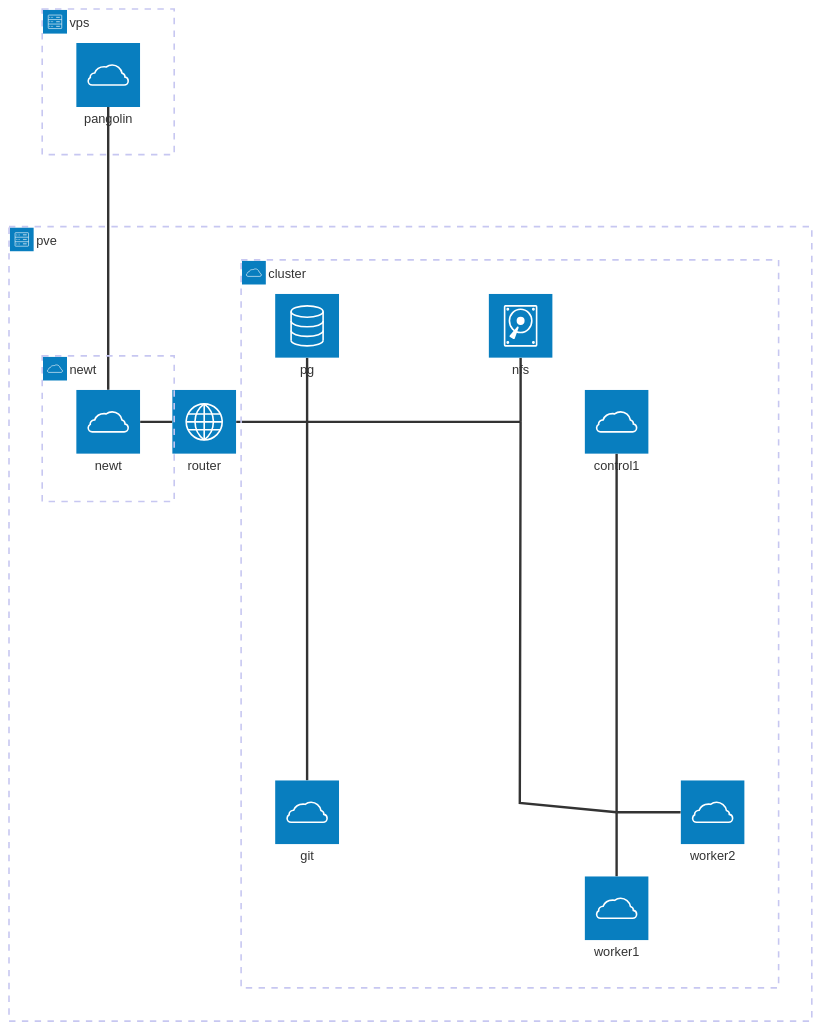
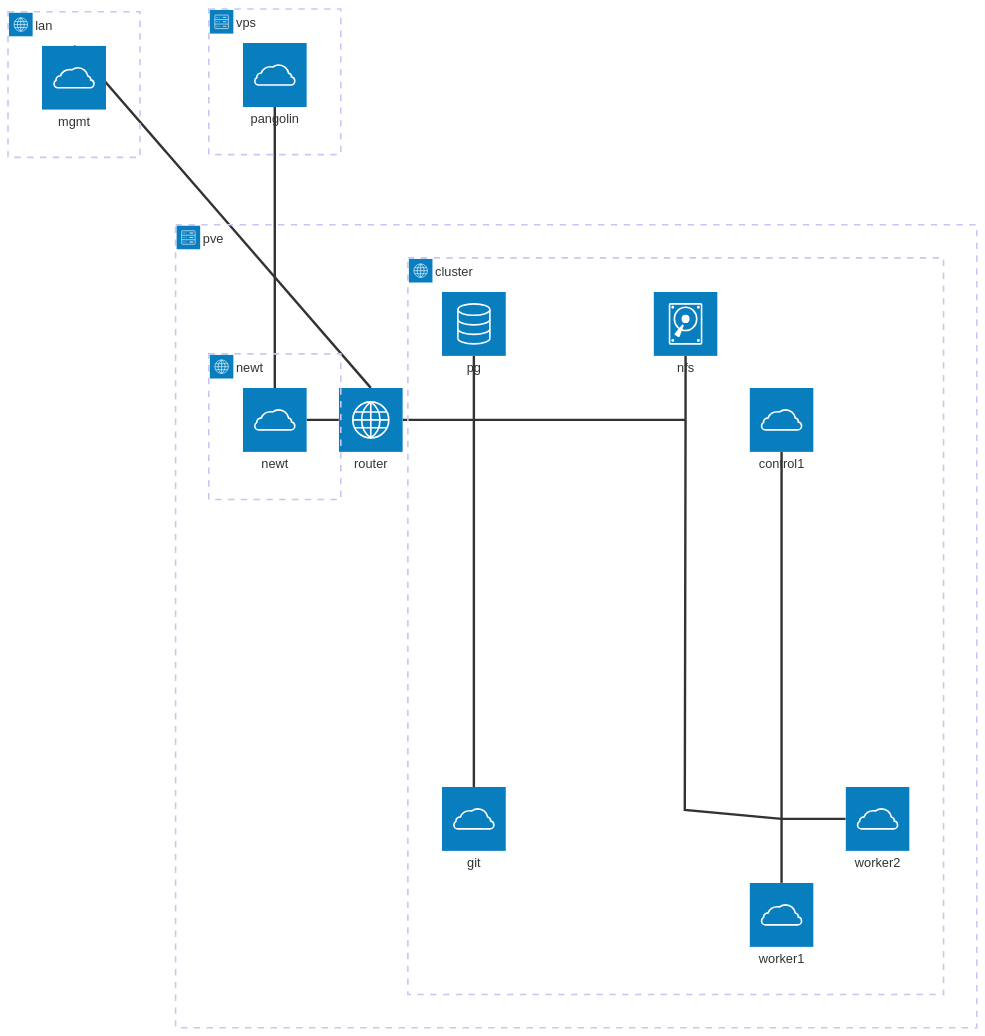
One commit to konstaka/homelab changed the diagram in README.md. Above: the diagram before and after it, drawn with Mermaid. The commit also changed other lines of this file, not shown here.

Commit message:
update readme with management network setup

````diff
--- a/README.md
+++ b/README.md
@@ -21,32 +21,35 @@
 ```mermaid
 architecture-beta
     group pve(server)[pve]
     group vps(server)[vps]
-    group newtnet(cloud)[newt] in pve
-    group cluster(cloud)[cluster] in pve
+    group newtnet(internet)[newt] in pve
+    group cluster(internet)[cluster] in pve
+    group lan(internet)[lan]
 
     service router(internet)[router] in pve
     service control1(cloud)[control1] in cluster
     service worker1(cloud)[worker1] in cluster
     service worker2(cloud)[worker2] in cluster
     service nfs(disk)[nfs] in cluster
     service pg(database)[pg] in cluster
     service git(cloud)[git] in cluster
     junction clusterbus
     junction dmzbus1
     junction dmzbus2
     service pangolin(cloud)[pangolin] in vps
     service newt(cloud)[newt] in newtnet
+    service mgmt(cloud)[mgmt] in lan
 
     router:R -- L:dmzbus1
     dmzbus1:R -- L:dmzbus2
     dmzbus2:B -- L:clusterbus
     control1:B -- T:clusterbus
     worker1:T -- B:clusterbus
     worker2:L -- R:clusterbus
     nfs:B -- T:dmzbus2
     pg:B -- T:dmzbus1
     git:T -- B:dmzbus1
     pangolin:B -- T:newt
     newt:R -- L:router
+    mgmt:T -- T:router
 ```
````
